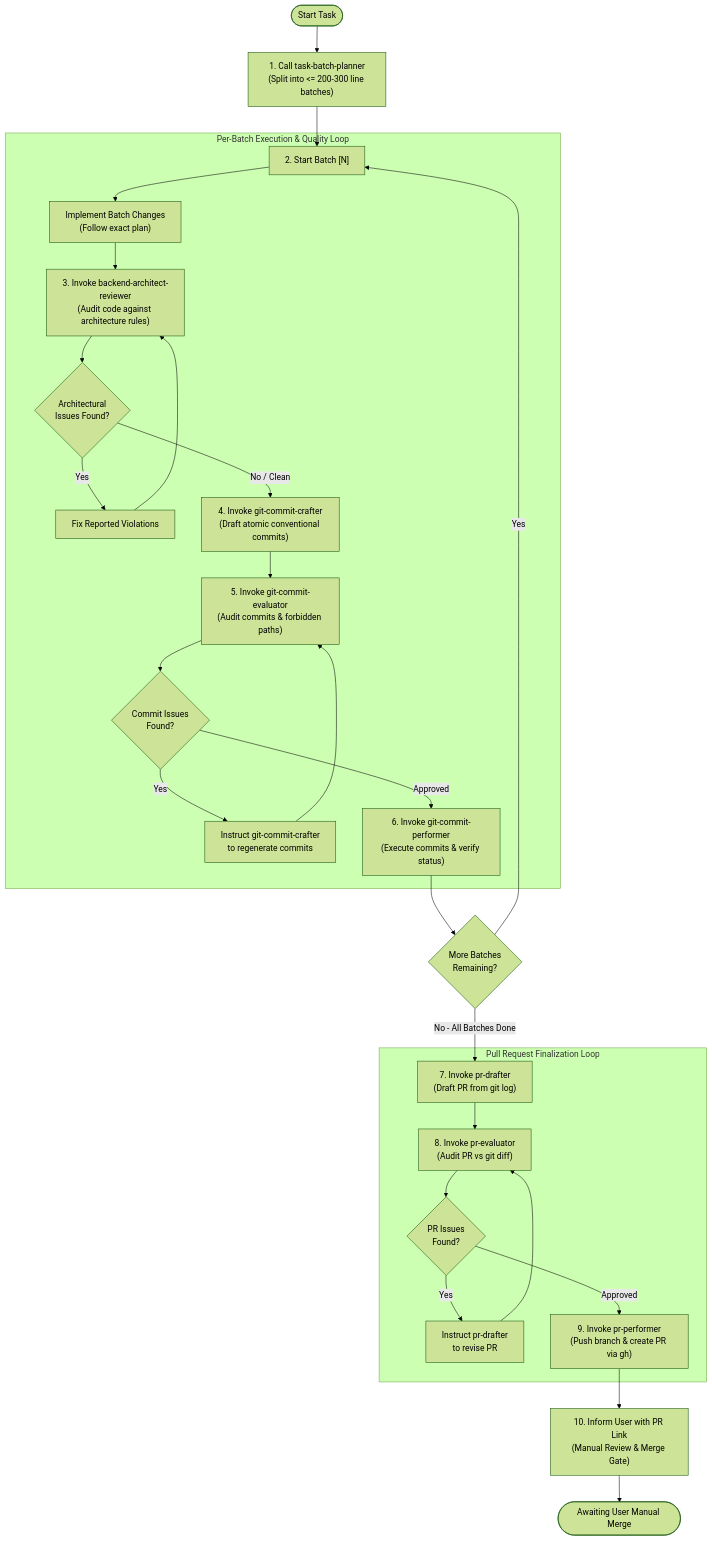
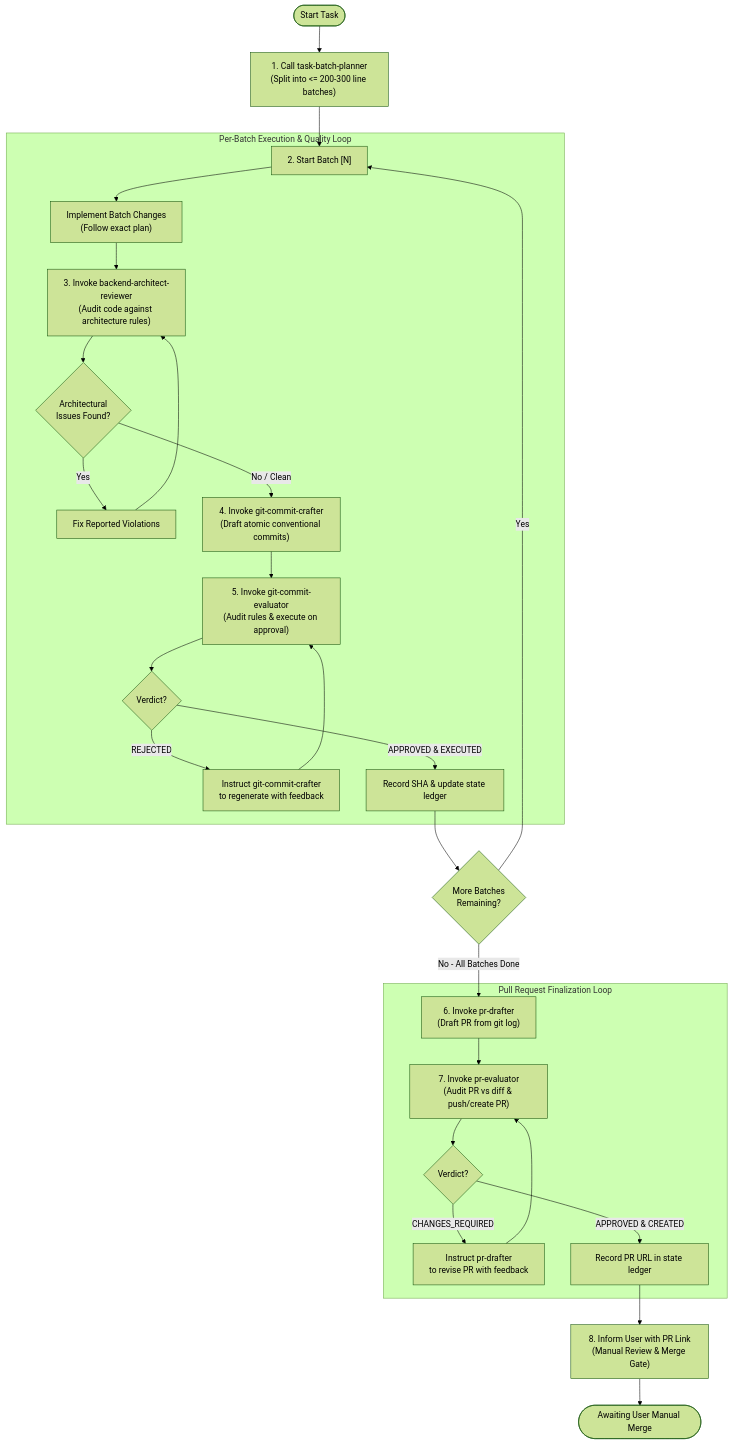
Before and after one commit to Althaf-vt/MentorQ: the diagram in .agents/agents/orchestrator/pipeline-orchestrator.md, drawn with Mermaid (forest theme). The commit also changed other lines of this file and 1 other file, not shown here.

Commit message:
docs(tooling): update pipeline orchestrator and architecture docs

````diff
--- a/.agents/agents/orchestrator/pipeline-orchestrator.md
+++ b/.agents/agents/orchestrator/pipeline-orchestrator.md
@@ -58,32 +55,32 @@
 ```mermaid
 flowchart TD
     Start([Start Task]) --> Plan["1. Call task-batch-planner\n(Split into <= 200-300 line batches)"]
     Plan --> BatchStart["2. Start Batch [N]"]
 
     subgraph BatchLoop ["Per-Batch Execution & Quality Loop"]
         BatchStart --> Implement["Implement Batch Changes\n(Follow exact plan)"]
         Implement --> ArchReview["3. Invoke backend-architect-reviewer\n(Audit code against architecture rules)"]
         ArchReview --> ArchCheck{"Architectural\nIssues Found?"}
         ArchCheck -->|Yes| FixCode["Fix Reported Violations"] --> ArchReview
         ArchCheck -->|No / Clean| CommitCraft["4. Invoke git-commit-crafter\n(Draft atomic conventional commits)"]
         
-        CommitCraft --> CommitEval["5. Invoke git-commit-evaluator\n(Audit commits & forbidden paths)"]
-        CommitEval --> CommitCheck{"Commit Issues\nFound?"}
-        CommitCheck -->|Yes| FixCommit["Instruct git-commit-crafter\nto regenerate commits"] --> CommitEval
-        CommitCheck -->|Approved| CommitPerform["6. Invoke git-commit-performer\n(Execute commits & verify status)"]
+        CommitCraft --> CommitEval["5. Invoke git-commit-evaluator\n(Audit rules & execute on approval)"]
+        CommitEval --> CommitCheck{"Verdict?"}
+        CommitCheck -->|REJECTED| FixCommit["Instruct git-commit-crafter\nto regenerate with feedback"] --> CommitEval
+        CommitCheck -->|APPROVED & EXECUTED| BatchRecord["Record SHA & update state ledger"]
     end
 
-    CommitPerform --> HasMore{"More Batches\nRemaining?"}
+    BatchRecord --> HasMore{"More Batches\nRemaining?"}
     HasMore -->|Yes| BatchStart
-    HasMore -->|No - All Batches Done| PRDraft["7. Invoke pr-drafter\n(Draft PR from git log)"]
+    HasMore -->|No - All Batches Done| PRDraft["6. Invoke pr-drafter\n(Draft PR from git log)"]
 
     subgraph PRLoop ["Pull Request Finalization Loop"]
-        PRDraft --> PREval["8. Invoke pr-evaluator\n(Audit PR vs git diff)"]
-        PREval --> PRCheck{"PR Issues\nFound?"}
-        PRCheck -->|Yes| FixPR["Instruct pr-drafter\nto revise PR"] --> PREval
-        PRCheck -->|Approved| PRPerform["9. Invoke pr-performer\n(Push branch & create PR via gh)"]
+        PRDraft --> PREval["7. Invoke pr-evaluator\n(Audit PR vs diff & push/create PR)"]
+        PREval --> PRCheck{"Verdict?"}
+        PRCheck -->|CHANGES_REQUIRED| FixPR["Instruct pr-drafter\nto revise PR with feedback"] --> PREval
+        PRCheck -->|APPROVED & CREATED| PRRecord["Record PR URL in state ledger"]
     end
 
-    PRPerform --> UserHandOff["10. Inform User with PR Link\n(Manual Review & Merge Gate)"]
+    PRRecord --> UserHandOff["8. Inform User with PR Link\n(Manual Review & Merge Gate)"]
     UserHandOff --> Done([Awaiting User Manual Merge])
 ```
````
